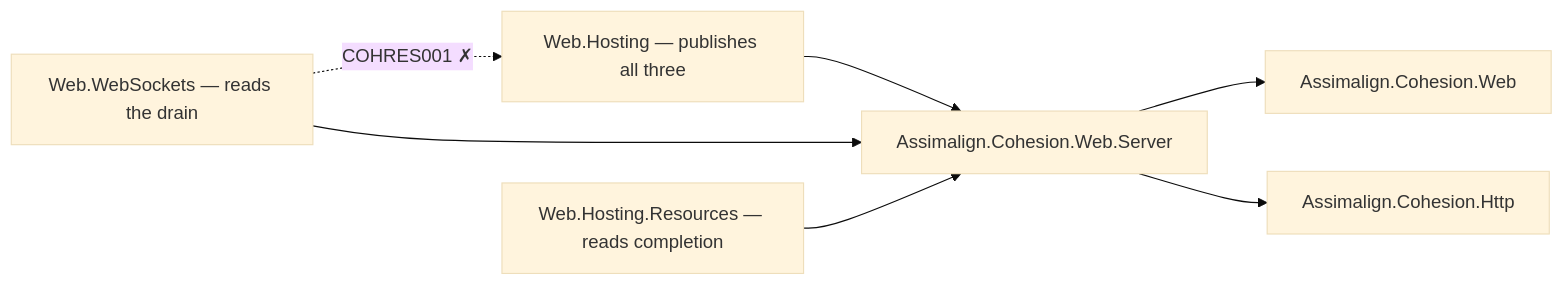
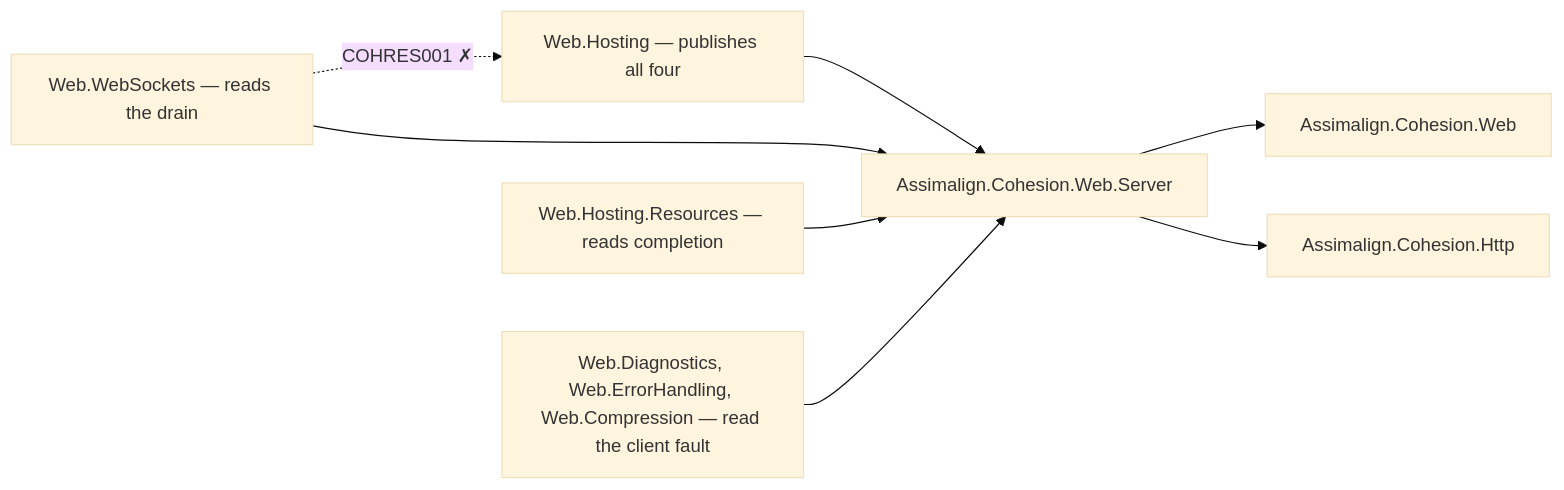
One commit to assimalign/cohesion changed the diagram in resources/Web/Assimalign.Cohesion.Web.Server/docs/DESIGN.md. Above: the diagram before and after it, drawn with Mermaid (base theme). The commit also changed other lines of this file and 46 other files, not shown here.

````diff
--- a/resources/Web/Assimalign.Cohesion.Web.Server/docs/DESIGN.md
+++ b/resources/Web/Assimalign.Cohesion.Web.Server/docs/DESIGN.md
@@ -26,9 +26,10 @@
 ```mermaid
 flowchart LR
     Server["Assimalign.Cohesion.Web.Server"] --> Root["Assimalign.Cohesion.Web"]
     Server --> Http["Assimalign.Cohesion.Http"]
-    Hosting["Web.Hosting — publishes all three"] --> Server
+    Hosting["Web.Hosting — publishes all four"] --> Server
     WebSockets["Web.WebSockets — reads the drain"] --> Server
     Resources["Web.Hosting.Resources — reads completion"] --> Server
+    Faults["Web.Diagnostics, Web.ErrorHandling, Web.Compression — read the client fault"] --> Server
     WebSockets -.->|"COHRES001 ✗"| Hosting
 ```
````
